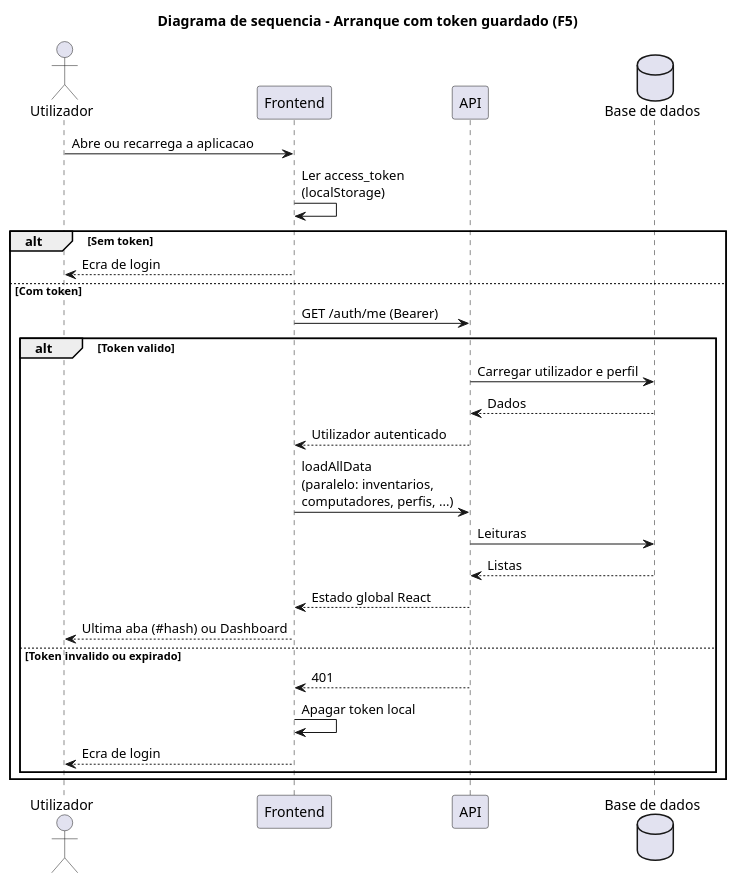
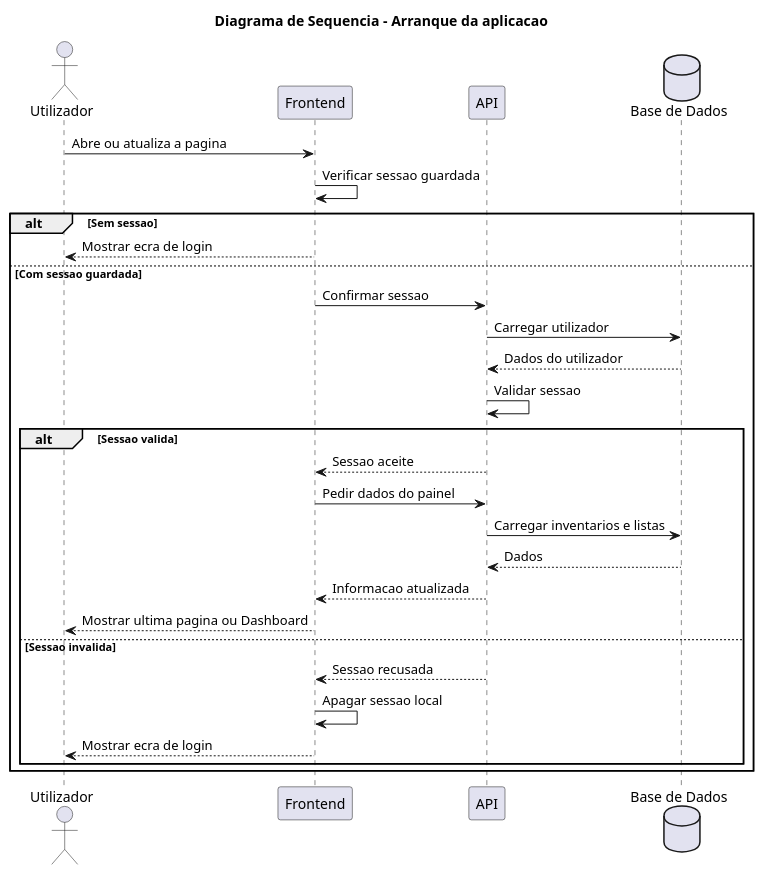
One commit to rafapinto888-web/Projeto-de-estagio changed the diagram in docs/diagramas/sequenciais/02-bootstrap-sessao.puml. Above: the diagram before and after it, drawn with PlantUML. The commit also changed 15 other files, not shown here.

```diff
--- a/docs/diagramas/sequenciais/02-bootstrap-sessao.puml
+++ b/docs/diagramas/sequenciais/02-bootstrap-sessao.puml
@@ -1,34 +1,34 @@
-@startuml sequencia_bootstrap_sessao
-skinparam shadowing false
-skinparam backgroundColor white
-title Diagrama de sequencia - Arranque com token guardado (F5)
+@startuml
+title Diagrama de Sequencia - Arranque da aplicacao
 
 actor Utilizador as U
 participant Frontend as FE
 participant API as API
-database "Base de dados" as BD
+database "Base de Dados" as BD
 
-U -> FE : Abre ou recarrega a aplicacao
-FE -> FE : Ler access_token\n(localStorage)
+U -> FE : Abre ou atualiza a pagina
 
-alt Sem token
-  FE --> U : Ecra de login
-else Com token
-  FE -> API : GET /auth/me (Bearer)
-  alt Token valido
-    API -> BD : Carregar utilizador e perfil
+FE -> FE : Verificar sessao guardada
+
+alt Sem sessao
+  FE --> U : Mostrar ecra de login
+else Com sessao guardada
+  FE -> API : Confirmar sessao
+  API -> BD : Carregar utilizador
+  BD --> API : Dados do utilizador
+  API -> API : Validar sessao
+  alt Sessao valida
+    API --> FE : Sessao aceite
+    FE -> API : Pedir dados do painel
+    API -> BD : Carregar inventarios e listas
     BD --> API : Dados
-    API --> FE : Utilizador autenticado
-    FE -> API : loadAllData\n(paralelo: inventarios,\ncomputadores, perfis, ...)
-    API -> BD : Leituras
-    BD --> API : Listas
-    API --> FE : Estado global React
-    FE --> U : Ultima aba (#hash) ou Dashboard
-  else Token invalido ou expirado
-    API --> FE : 401
-    FE -> FE : Apagar token local
-    FE --> U : Ecra de login
+    API --> FE : Informacao atualizada
+    FE --> U : Mostrar ultima pagina ou Dashboard
+  else Sessao invalida
+    API --> FE : Sessao recusada
+    FE -> FE : Apagar sessao local
+    FE --> U : Mostrar ecra de login
   end
 end
 
 @enduml
```
